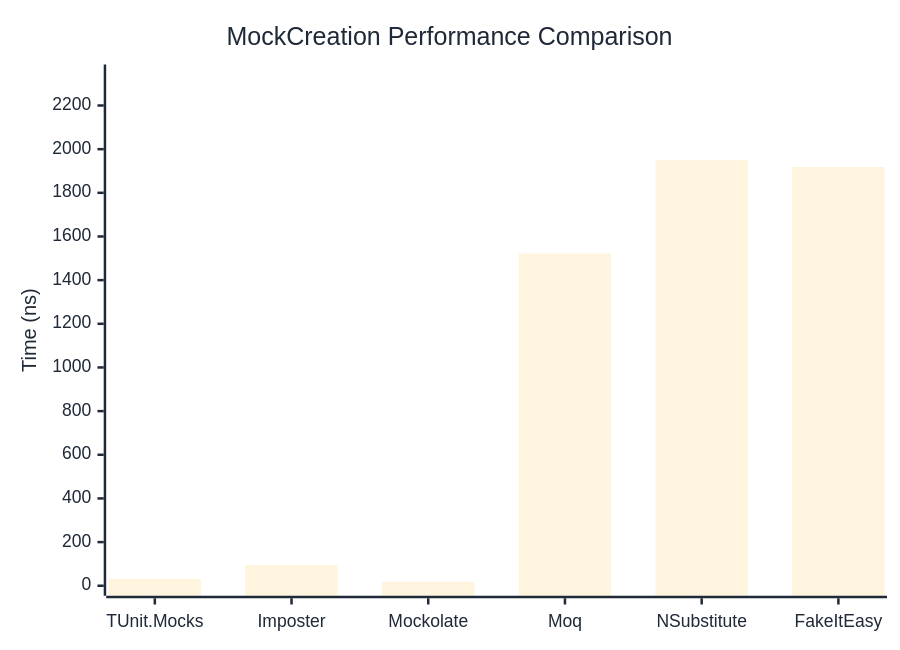
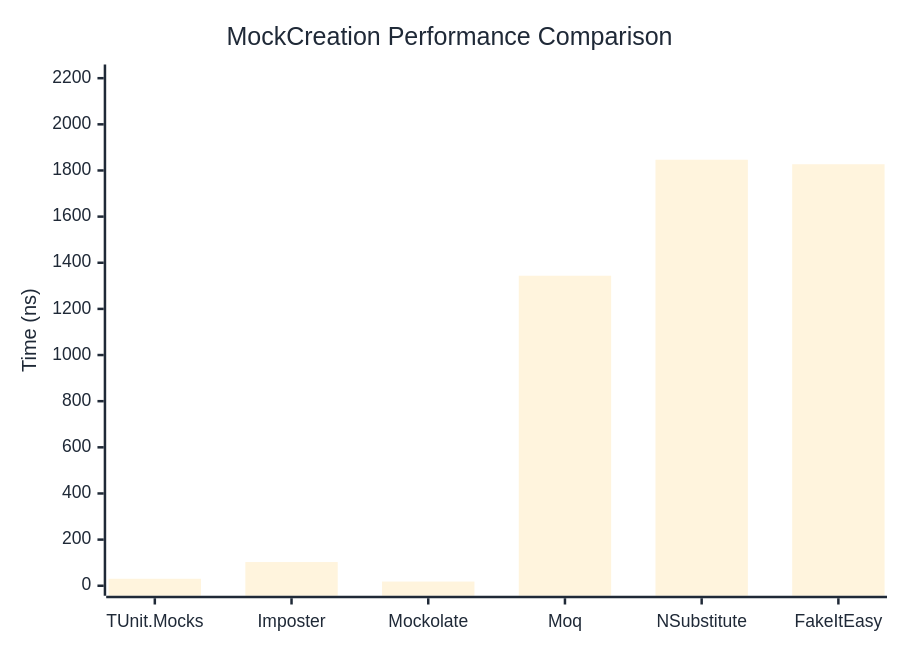
Before and after one commit to thomhurst/TUnit: the first of 2 diagrams in docs/docs/benchmarks/mocks/MockCreation.md, drawn with Mermaid. The commit also changed other lines of this file and 14 other files, not shown here.

````diff
--- a/docs/docs/benchmarks/mocks/MockCreation.md
+++ b/docs/docs/benchmarks/mocks/MockCreation.md
@@ -30,27 +30,27 @@
 ```mermaid
 %%{init: {
   'theme':'base',
   'themeVariables': {
     'primaryColor': '#2563eb',
     'primaryTextColor': '#1f2937',
     'primaryBorderColor': '#1e40af',
     'lineColor': '#6b7280',
     'secondaryColor': '#7c3aed',
     'tertiaryColor': '#dc2626',
     'background': '#ffffff',
     'pie1': '#2563eb',
     'pie2': '#7c3aed',
     'pie3': '#dc2626',
     'pie4': '#f59e0b',
     'pie5': '#10b981',
     'pie6': '#06b6d4',
     'pie7': '#ec4899',
     'pie8': '#6366f1'
   }
 }}%%
 xychart-beta
   title "MockCreation Performance Comparison"
   x-axis ["TUnit.Mocks", "Imposter", "Mockolate", "Moq", "NSubstitute", "FakeItEasy"]
-  y-axis "Time (ns)" 0 --> 2342
-  bar [30.73, 94.68, 18.14, 1521.98, 1950.9, 1918.35]
+  y-axis "Time (ns)" 0 --> 2216
+  bar [30.28, 102.7, 18.2, 1343.76, 1846.53, 1826.98]
 ```
````
